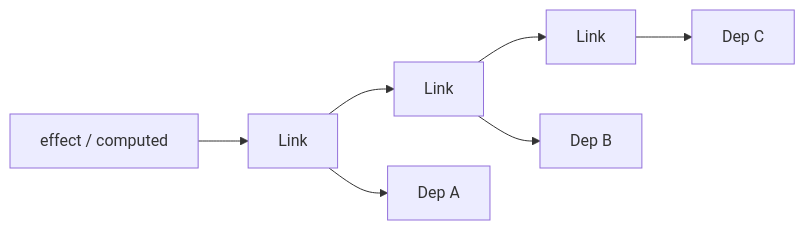
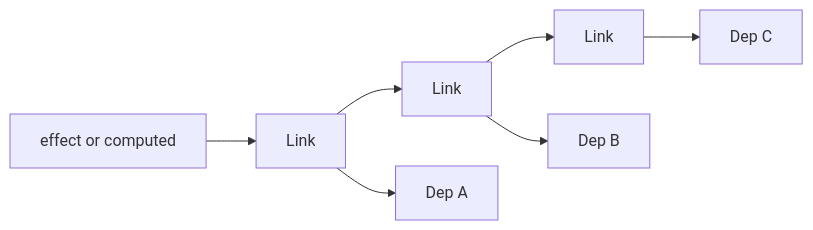
One commit to Tajigaqzh/front_basic changed the third of 12 diagrams in docs/vue/source/reactivity/dep-link-explained.md. Above: the diagram before and after it, drawn with Mermaid. The commit also changed other lines of this file and 11 other files, not shown here.

````diff
--- a/docs/vue/source/reactivity/dep-link-explained.md
+++ b/docs/vue/source/reactivity/dep-link-explained.md
@@ -198,15 +198,15 @@
 ```mermaid
 flowchart LR
-    sub[effect / computed]
-    l1[Link]
-    l2[Link]
-    l3[Link]
-    d1[Dep A]
-    d2[Dep B]
-    d3[Dep C]
+    sub["effect or computed"]
+    l1["Link"]
+    l2["Link"]
+    l3["Link"]
+    d1["Dep A"]
+    d2["Dep B"]
+    d3["Dep C"]
 
     sub --> l1 --> l2 --> l3
     l1 --> d1
     l2 --> d2
     l3 --> d3
 ```
````
